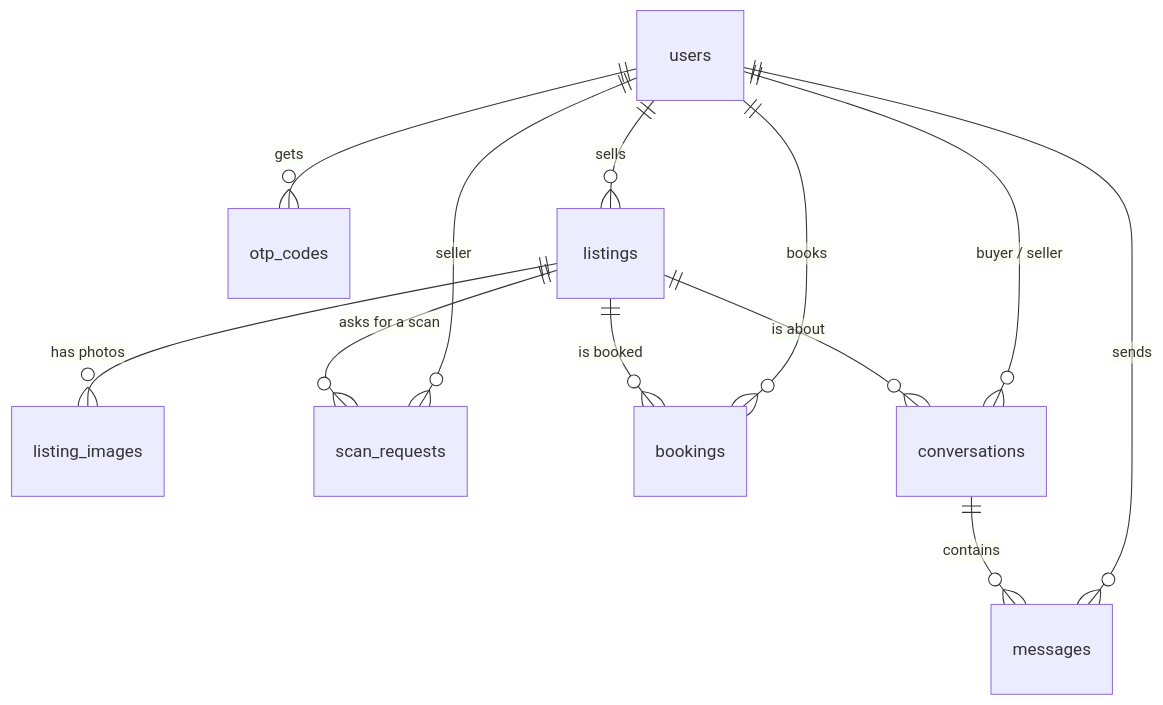
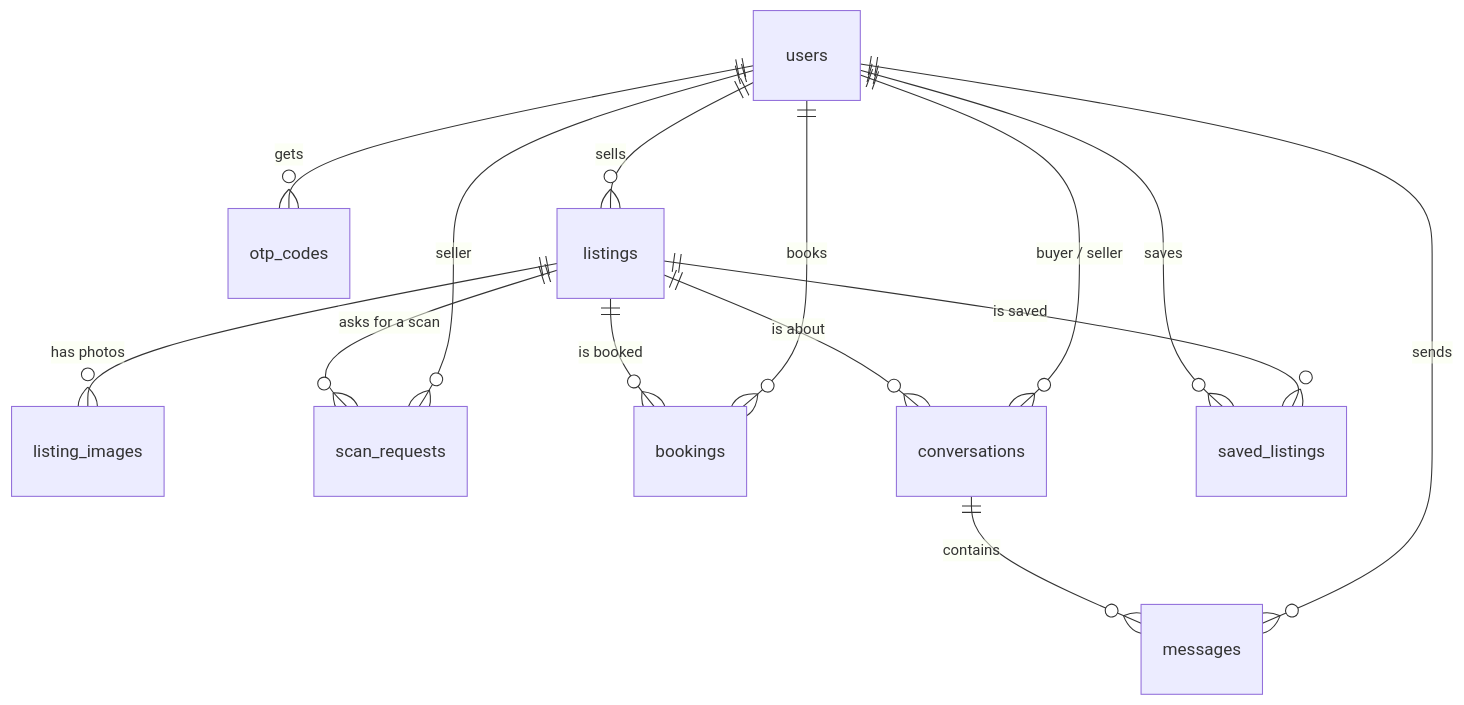
One commit to ashut000sh/3d-realestate changed the diagram in docs/DATABASE.md. Above: the diagram before and after it, drawn with Mermaid. The commit also changed other lines of this file and 17 other files, not shown here.

````diff
--- a/docs/DATABASE.md
+++ b/docs/DATABASE.md
@@ -25,14 +26,16 @@
 ```mermaid
 erDiagram
     users ||--o{ otp_codes : "gets"
     users ||--o{ listings : "sells"
     listings ||--o{ listing_images : "has photos"
     listings ||--o{ scan_requests : "asks for a scan"
     users ||--o{ scan_requests : "seller"
     listings ||--o{ bookings : "is booked"
     users ||--o{ bookings : "books"
     listings ||--o{ conversations : "is about"
     users ||--o{ conversations : "buyer / seller"
     conversations ||--o{ messages : "contains"
     users ||--o{ messages : "sends"
+    users ||--o{ saved_listings : "saves"
+    listings ||--o{ saved_listings : "is saved"
 ```
````
